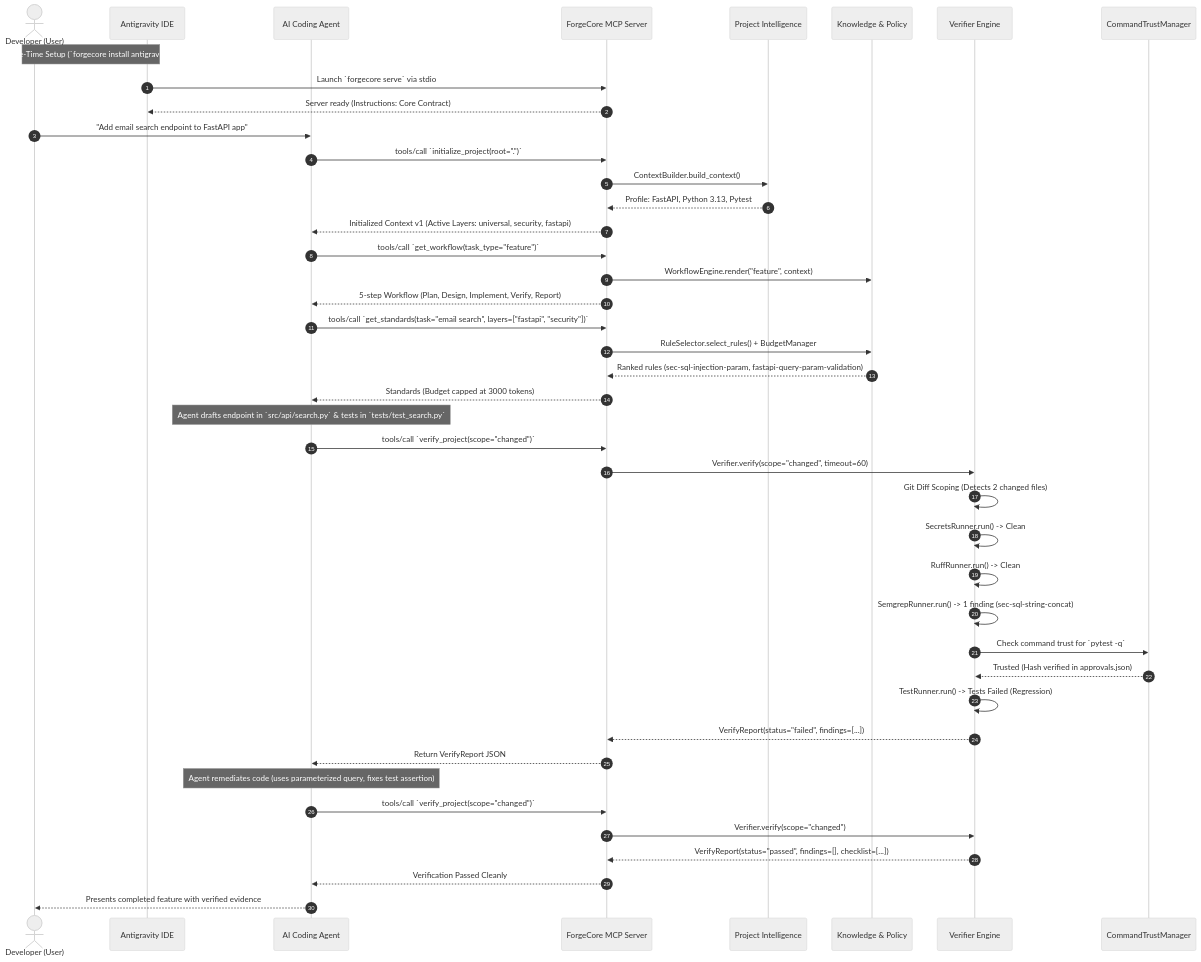
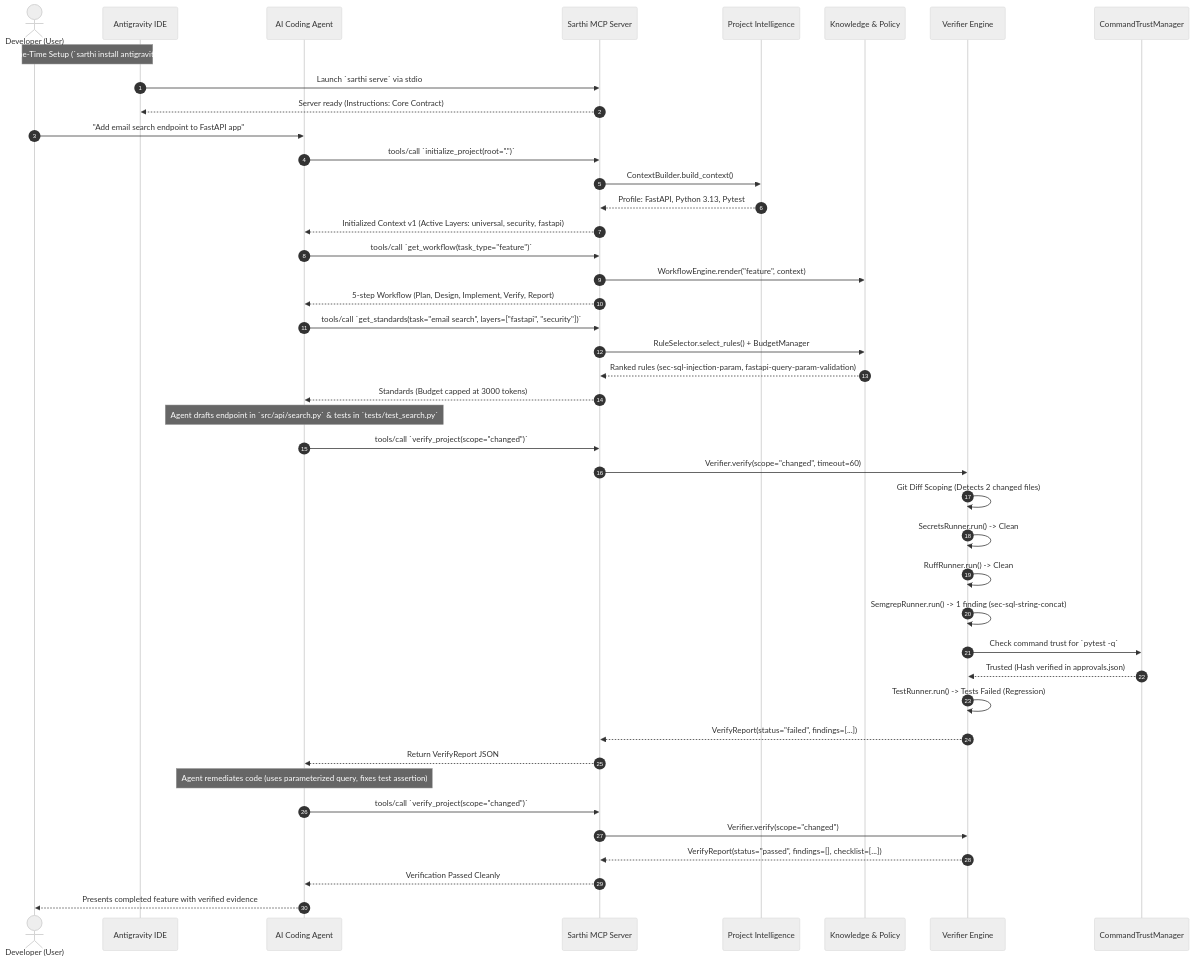
The fourth of 10 diagrams in WORKFLOW.md (Mayurkhalse/ForgeCore), drawn with Mermaid (neutral theme) before and after one commit. The commit also changed other lines of this file and 154 other files, not shown here.

Commit message:
refactor: rename project, package, cli, and mcp server from ForgeCore to Sarthi

````diff
--- a/WORKFLOW.md
+++ b/WORKFLOW.md
@@ -580,58 +580,58 @@
 ```mermaid
 sequenceDiagram
     autonumber
     actor Dev as Developer (User)
     participant IDE as Antigravity IDE
     participant Agent as AI Coding Agent
-    participant MCP as ForgeCore MCP Server
+    participant MCP as Sarthi MCP Server
     participant Intel as Project Intelligence
     participant Policy as Knowledge & Policy
     participant Verifier as Verifier Engine
     participant Trust as CommandTrustManager
 
     %% Session Setup
-    Note over Dev,IDE: One-Time Setup (`forgecore install antigravity`)
-    IDE->>MCP: Launch `forgecore serve` via stdio
+    Note over Dev,IDE: One-Time Setup (`sarthi install antigravity`)
+    IDE->>MCP: Launch `sarthi serve` via stdio
     MCP-->>IDE: Server ready (Instructions: Core Contract)
     
     %% Session Initialization
     Dev->>Agent: "Add email search endpoint to FastAPI app"
     Agent->>MCP: tools/call `initialize_project(root=".")`
     MCP->>Intel: ContextBuilder.build_context()
     Intel-->>MCP: Profile: FastAPI, Python 3.13, Pytest
     MCP-->>Agent: Initialized Context v1 (Active Layers: universal, security, fastapi)
 
     %% Workflow & Policy
     Agent->>MCP: tools/call `get_workflow(task_type="feature")`
     MCP->>Policy: WorkflowEngine.render("feature", context)
     MCP-->>Agent: 5-step Workflow (Plan, Design, Implement, Verify, Report)
 
     Agent->>MCP: tools/call `get_standards(task="email search", layers=["fastapi", "security"])`
     MCP->>Policy: RuleSelector.select_rules() + BudgetManager
     Policy-->>MCP: Ranked rules (sec-sql-injection-param, fastapi-query-param-validation)
     MCP-->>Agent: Standards (Budget capped at 3000 tokens)
 
     %% Code Generation
     Note over Agent: Agent drafts endpoint in `src/api/search.py` & tests in `tests/test_search.py`
 
     %% Verification
     Agent->>MCP: tools/call `verify_project(scope="changed")`
     MCP->>Verifier: Verifier.verify(scope="changed", timeout=60)
     Verifier->>Verifier: Git Diff Scoping (Detects 2 changed files)
     Verifier->>Verifier: SecretsRunner.run() -> Clean
     Verifier->>Verifier: RuffRunner.run() -> Clean
     Verifier->>Verifier: SemgrepRunner.run() -> 1 finding (sec-sql-string-concat)
     Verifier->>Trust: Check command trust for `pytest -q`
     Trust-->>Verifier: Trusted (Hash verified in approvals.json)
     Verifier->>Verifier: TestRunner.run() -> Tests Failed (Regression)
     Verifier-->>MCP: VerifyReport(status="failed", findings=[...])
     MCP-->>Agent: Return VerifyReport JSON
 
     %% Remediation
     Note over Agent: Agent remediates code (uses parameterized query, fixes test assertion)
     Agent->>MCP: tools/call `verify_project(scope="changed")`
     MCP->>Verifier: Verifier.verify(scope="changed")
     Verifier-->>MCP: VerifyReport(status="passed", findings=[], checklist=[...])
     MCP-->>Agent: Verification Passed Cleanly
     Agent-->>Dev: Presents completed feature with verified evidence
 ```
````
